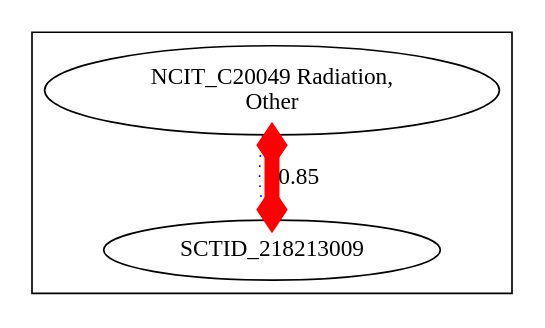
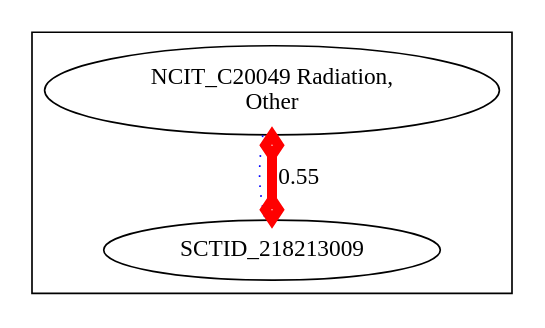
Before and after one commit to cmungall/radiation-ontology: the diagram in target/img-SCTID_218213009.dot, drawn with Graphviz. The commit also changed 18 other files, not shown here.

```diff
--- a/target/img-SCTID_218213009.dot
+++ b/target/img-SCTID_218213009.dot
@@ -1,7 +1,7 @@
 digraph cliquegraph {
 subgraph cluster_SCTID_218213009 {SCTID_218213009 [ label="SCTID_218213009 " ];
 NCIT_C20049 [ label="NCIT_C20049 Radiation,
 Other" ];}
 NCIT_C20049 -> SCTID_218213009 [ arrowhead = none, penwidth=1, color=blue, label="", style=dotted]
-NCIT_C20049 -> SCTID_218213009 [ arrowhead = ediamond, penwidth=9, color=red, label="0.85", style=solid, arrowtail=ediamond, dir=both]
+NCIT_C20049 -> SCTID_218213009 [ arrowhead = ediamond, penwidth=6, color=red, label="0.55", style=solid, arrowtail=ediamond, dir=both]
 }
```
